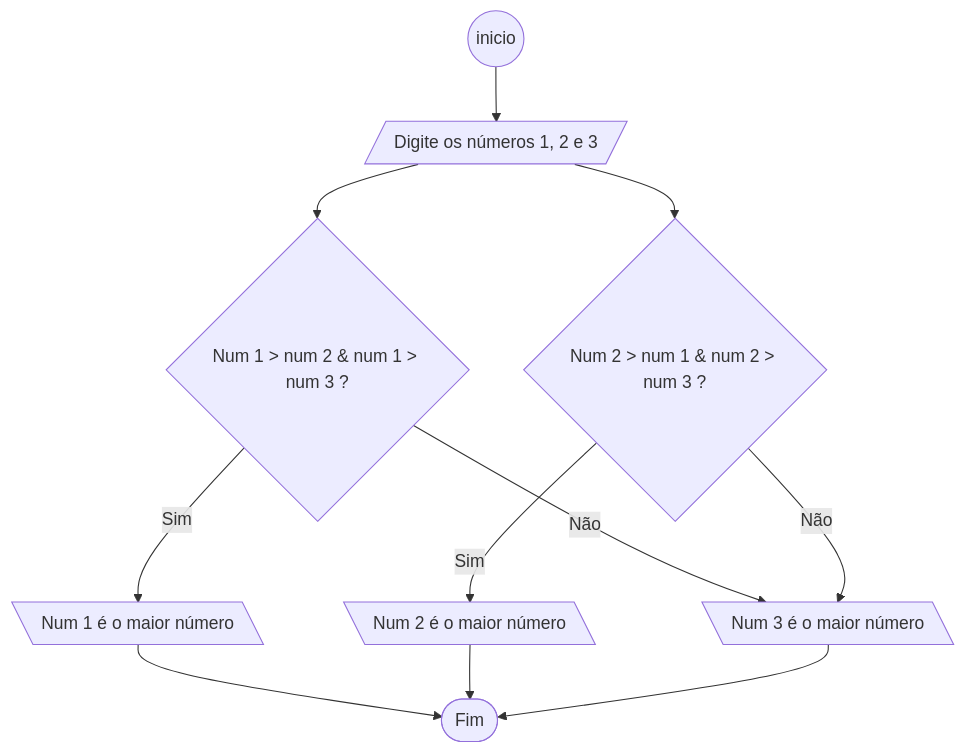
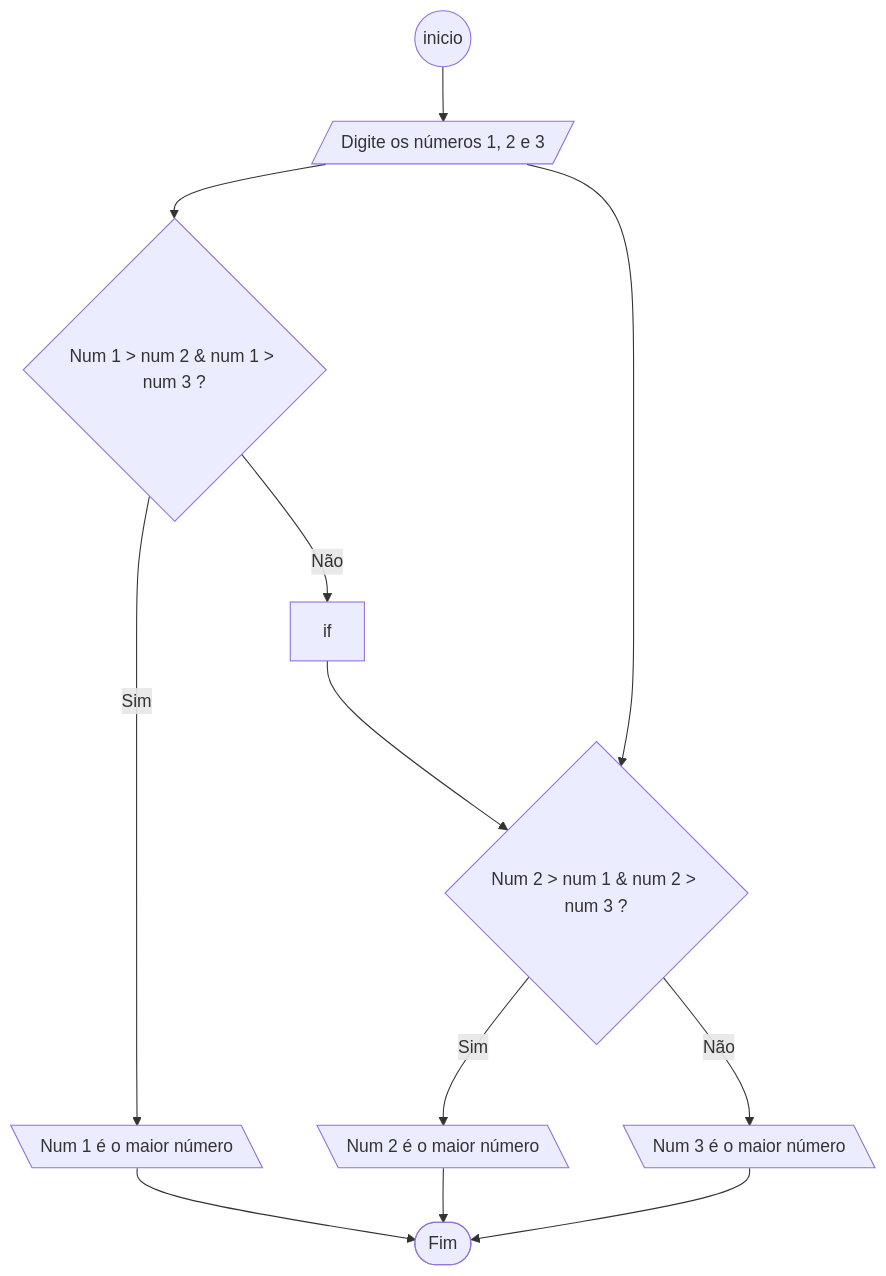
One commit to nickddb/senai---atividades changed the diagram in CAINA/fluxograma/ativid7.md. Above: the diagram before and after it, drawn with Mermaid. The commit also changed 3 other files, not shown here.

````diff
--- a/CAINA/fluxograma/ativid7.md
+++ b/CAINA/fluxograma/ativid7.md
@@ -1,16 +1,16 @@
 ```mermaid
     flowchart TD
     
     start((inicio)) --> input[/Digite os números 1, 2 e 3/]
     input --> verification{Num 1 > num 2 & num 1 > num 3 ?}
     input --> verification2{Num 2 > num 1 & num 2 > num 3 ?}
 
     verification --> |Sim| U[\Num 1 é o maior número\]
-    verification --> |Não| T[\Num 3 é o maior número\]
+    verification --> |Não| if--> verification2{Num 2 > num 1 & num 2 > num 3 ?}
     verification2 --> |Sim| D[\Num 2 é o maior número\]
     verification2 --> |Não| T[\Num 3 é o maior número\]
     
     U --> finish([Fim])
-    D --> finish
+    D --> finish 
     T --> finish
 ```
````
